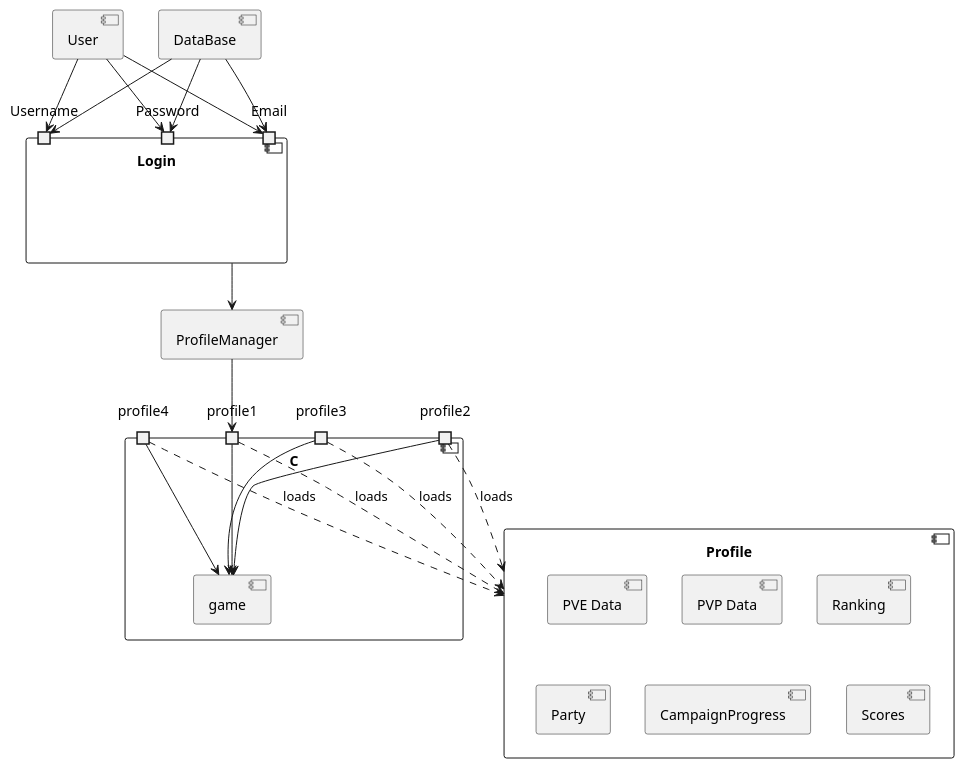
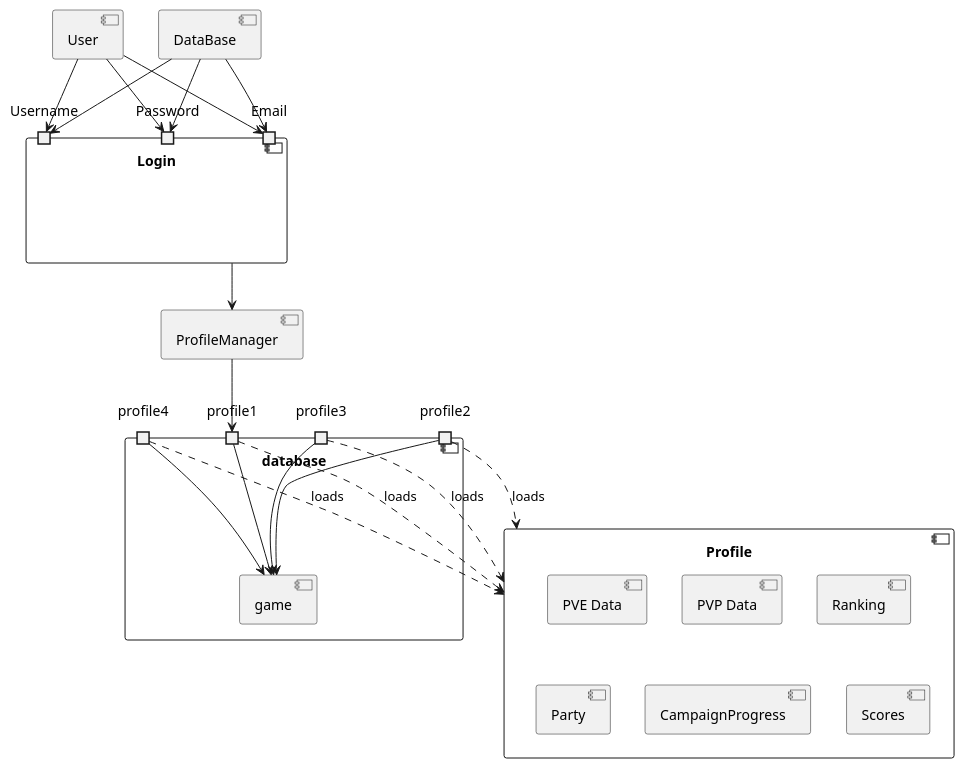
The diagram in rpg-legends/docs/uml/component.plantuml (JosefG50/2203-Legends-of-Sword-and-Wand), drawn with PlantUML before and after one commit.

Commit message:
submitting stuff

```diff
--- a/rpg-legends/docs/uml/component.plantuml
+++ b/rpg-legends/docs/uml/component.plantuml
@@ -1,56 +1,56 @@
 @startuml
 
 component [Profile] {
   [PVE Data]
   [PVP Data]
   component Ranking
   component Party
   component CampaignProgress
   component Scores
 
 }
 
 [User]
 [DataBase]
 
 component [Login]{
     portin Username
     portin Password
     portin Email
 }
 
 
 
 component [ProfileManager]
 
-component C {
+component database {
   portin profile1
   portin profile2
   portin profile3
   portin profile4
   component game
 }
 
 User --> Username
 User --> Password
 User --> Email
 DataBase --> Username
 DataBase --> Password
 DataBase --> Email
 
 
 Login --> ProfileManager
 
 profile1 ..> Profile : loads
 profile2 ..> Profile : loads
 profile3 ..> Profile : loads
 profile4 ..> Profile : loads
 
 
 profile1 --> game
 profile2 --> game
 profile3 --> game
 profile4 --> game
 
 ProfileManager --> profile1
 @enduml
```
